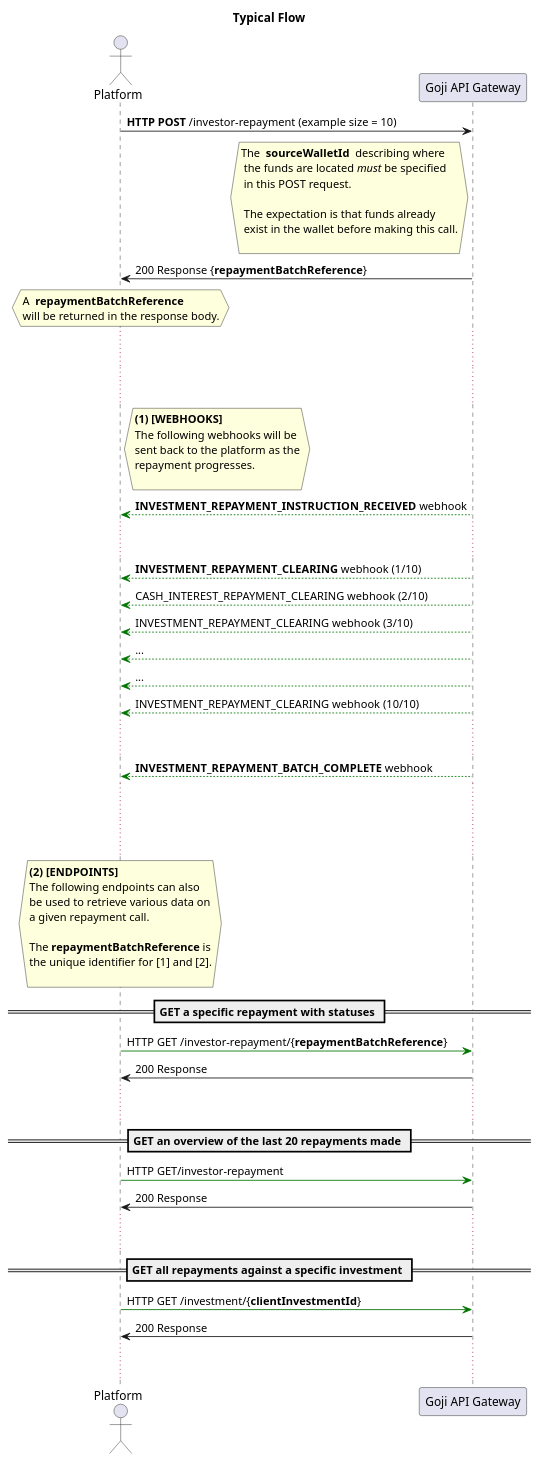
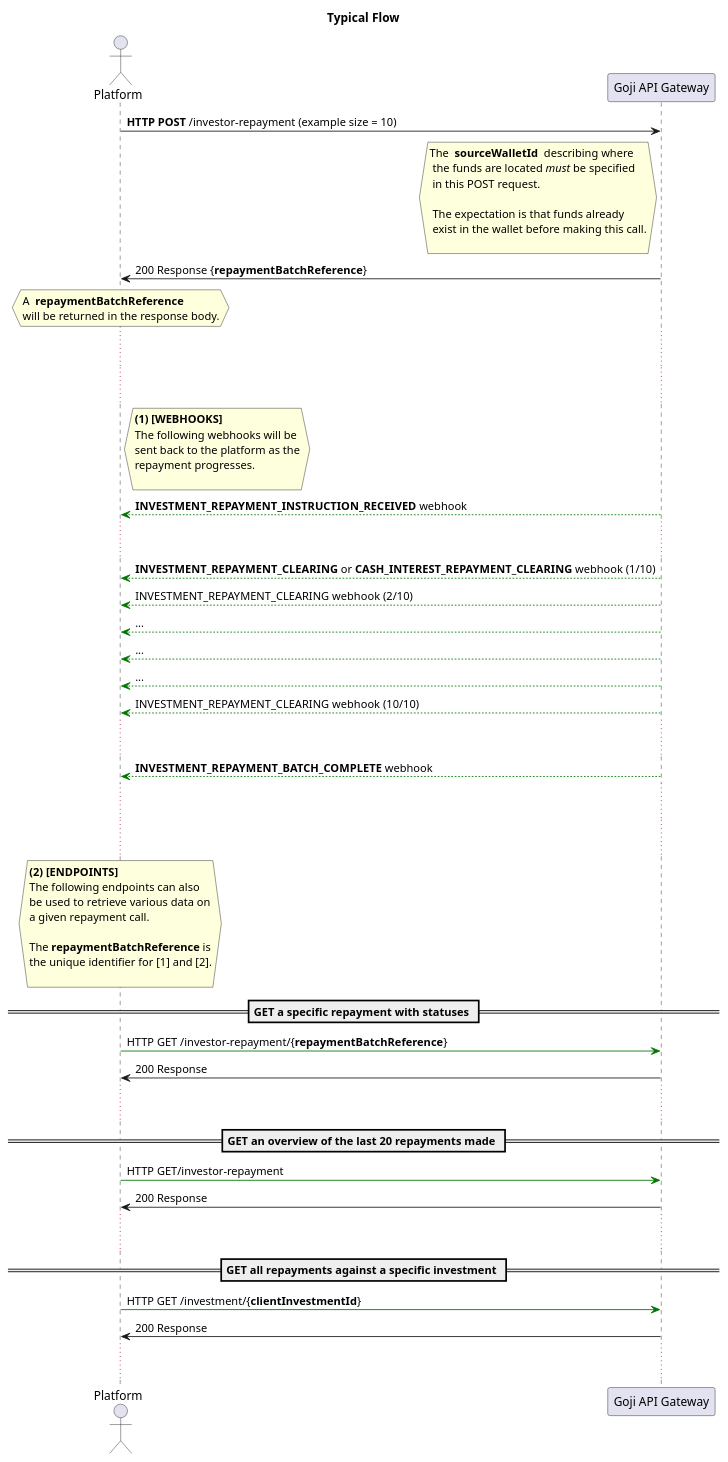
The diagram in source/images/settlement/images/repayments_flow_high_level.puml (Goji-P2P/slate), drawn with PlantUML before and after one commit. The commit also changed 1 other file, not shown here.

Commit message:
GJ-4175 modify puml diagram and update webhook after the latest change in settlement

```diff
--- a/source/images/settlement/images/repayments_flow_high_level.puml
+++ b/source/images/settlement/images/repayments_flow_high_level.puml
@@ -1,86 +1,86 @@
 @startuml
 
 title Typical Flow
 skinparam responseMessageBelowArrow true
 actor "Platform" as other
 participant "Goji API Gateway" as api
 
 other -> api : <b>HTTP POST</b> /investor-repayment (example size = 10)
 hnote left api
 The <b> sourceWalletId </b> describing where
  the funds are located <i>must</i> be specified
  in this POST request.
 
  The expectation is that funds already
  exist in the wallet before making this call.
 
 end note
 api -> other : 200 Response {<b>repaymentBatchReference</b>}
 hnote over other
 A <b> repaymentBatchReference </b>
 will be returned in the response body.
 end note
 
 
 ...  ...
 ...  ...
 
 hnote right other
 <b>(1) [WEBHOOKS]</b>
 The following webhooks will be
 sent back to the platform as the
 repayment progresses.
 
 end note
 
 api -[#007500]-> other : <b>INVESTMENT_REPAYMENT_INSTRUCTION_RECEIVED</b> webhook
 ... ...
-api -[#007500]-> other : <b>INVESTMENT_REPAYMENT_CLEARING</b> webhook (1/10)
-api -[#007500]-> other : CASH_INTEREST_REPAYMENT_CLEARING webhook (2/10)
-api -[#007500]-> other : INVESTMENT_REPAYMENT_CLEARING webhook (3/10)
+api -[#007500]-> other : <b>INVESTMENT_REPAYMENT_CLEARING</b> or <b>CASH_INTEREST_REPAYMENT_CLEARING</b> webhook (1/10)
+api -[#007500]-> other : INVESTMENT_REPAYMENT_CLEARING webhook (2/10)
+api -[#007500]-> other : ...
 api -[#007500]-> other : ...
 api -[#007500]-> other : ...
 api -[#007500]-> other : INVESTMENT_REPAYMENT_CLEARING webhook (10/10)
 ... ...
 api -[#007500]-> other : <b>INVESTMENT_REPAYMENT_BATCH_COMPLETE</b> webhook
 
 ... ...
 ... ...
 
 hnote over other
 <b>(2) [ENDPOINTS]</b>
 The following endpoints can also
 be used to retrieve various data on
 a given repayment call.
 
 The <b>repaymentBatchReference</b> is
 the unique identifier for [1] and [2].
 
 end note
 
 == GET a specific repayment with statuses ==
 other -[#007500]> api : HTTP GET /investor-repayment/{<b>repaymentBatchReference</b>}
 api -> other : 200 Response
 
 ... ...
 
 
 == GET an overview of the last 20 repayments made ==
 other -[#007500]> api : HTTP GET/investor-repayment
 api -> other : 200 Response
 
 ... ...
 
 == GET all repayments against a specific investment ==
 other -[#007500]> api : HTTP GET /investment/{<b>clientInvestmentId</b>}
 api -> other : 200 Response
 
 ... ...
 
 
 
 
 
 
 
 @enduml
```
